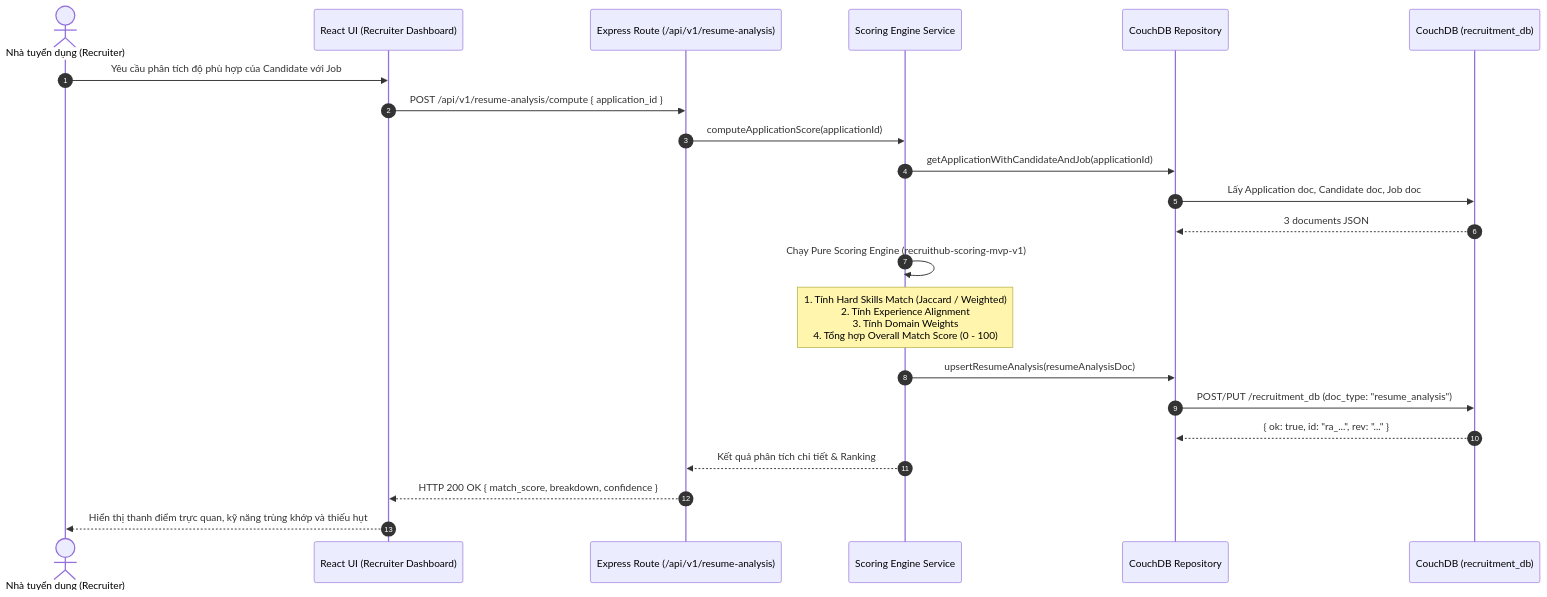
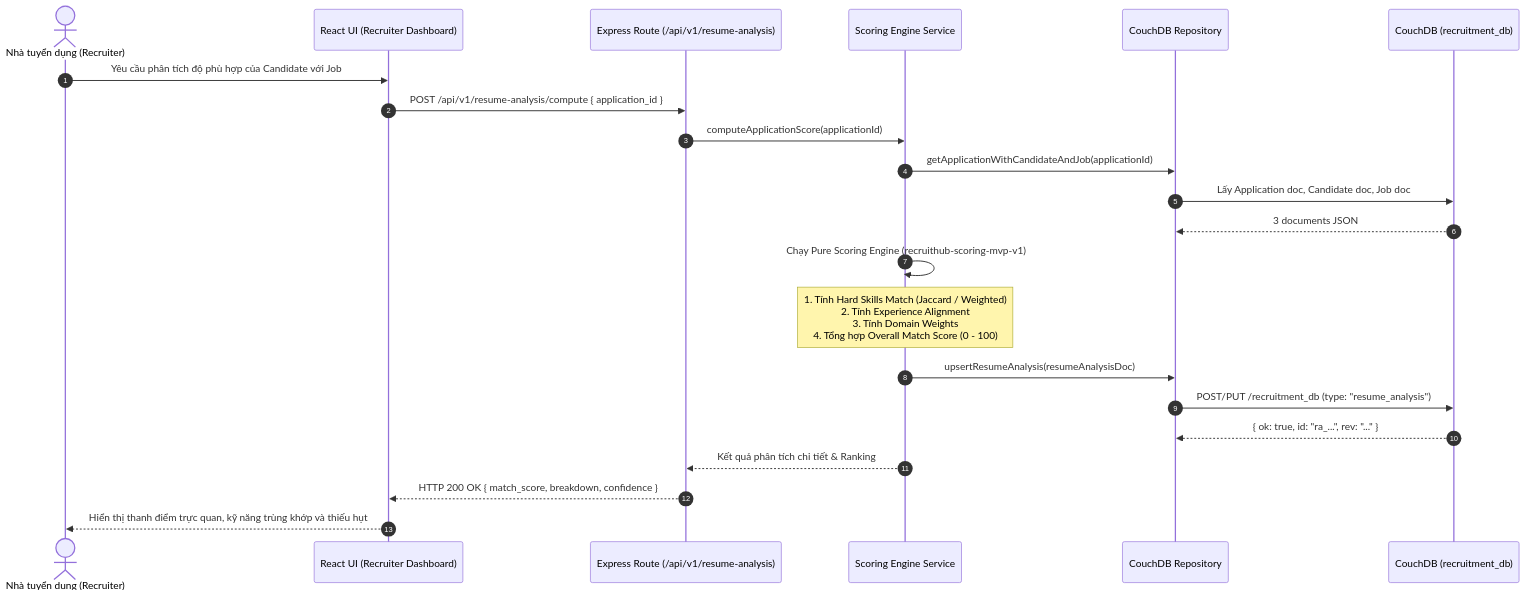
One commit to HuynhDoHoangNguyen/recruithub-nosql changed the third of 3 diagrams in ARCHITECTURE.md. Above: the diagram before and after it, drawn with Mermaid. The commit also changed other lines of this file and 45 other files, not shown here.

````diff
--- a/ARCHITECTURE.md
+++ b/ARCHITECTURE.md
@@ -115,25 +113,25 @@
 ```mermaid
 sequenceDiagram
     autonumber
     actor Recruiter as Nhà tuyển dụng (Recruiter)
     participant UI as React UI (Recruiter Dashboard)
     participant Route as Express Route (/api/v1/resume-analysis)
     participant ScoreSvc as Scoring Engine Service
     participant Repo as CouchDB Repository
     participant DB as CouchDB (recruitment_db)
 
     Recruiter->>UI: Yêu cầu phân tích độ phù hợp của Candidate với Job
     UI->>Route: POST /api/v1/resume-analysis/compute { application_id }
     Route->>ScoreSvc: computeApplicationScore(applicationId)
     ScoreSvc->>Repo: getApplicationWithCandidateAndJob(applicationId)
     Repo->>DB: Lấy Application doc, Candidate doc, Job doc
     DB-->>Repo: 3 documents JSON
     ScoreSvc->>ScoreSvc: Chạy Pure Scoring Engine (recruithub-scoring-mvp-v1)
     Note over ScoreSvc: 1. Tính Hard Skills Match (Jaccard / Weighted)<br/>2. Tính Experience Alignment<br/>3. Tính Domain Weights<br/>4. Tổng hợp Overall Match Score (0 - 100)
     ScoreSvc->>Repo: upsertResumeAnalysis(resumeAnalysisDoc)
-    Repo->>DB: POST/PUT /recruitment_db (doc_type: "resume_analysis")
+    Repo->>DB: POST/PUT /recruitment_db (type: "resume_analysis")
     DB-->>Repo: { ok: true, id: "ra_...", rev: "..." }
     ScoreSvc-->>Route: Kết quả phân tích chi tiết & Ranking
     Route-->>UI: HTTP 200 OK { match_score, breakdown, confidence }
     UI-->>Recruiter: Hiển thị thanh điểm trực quan, kỹ năng trùng khớp và thiếu hụt
 ```
````
